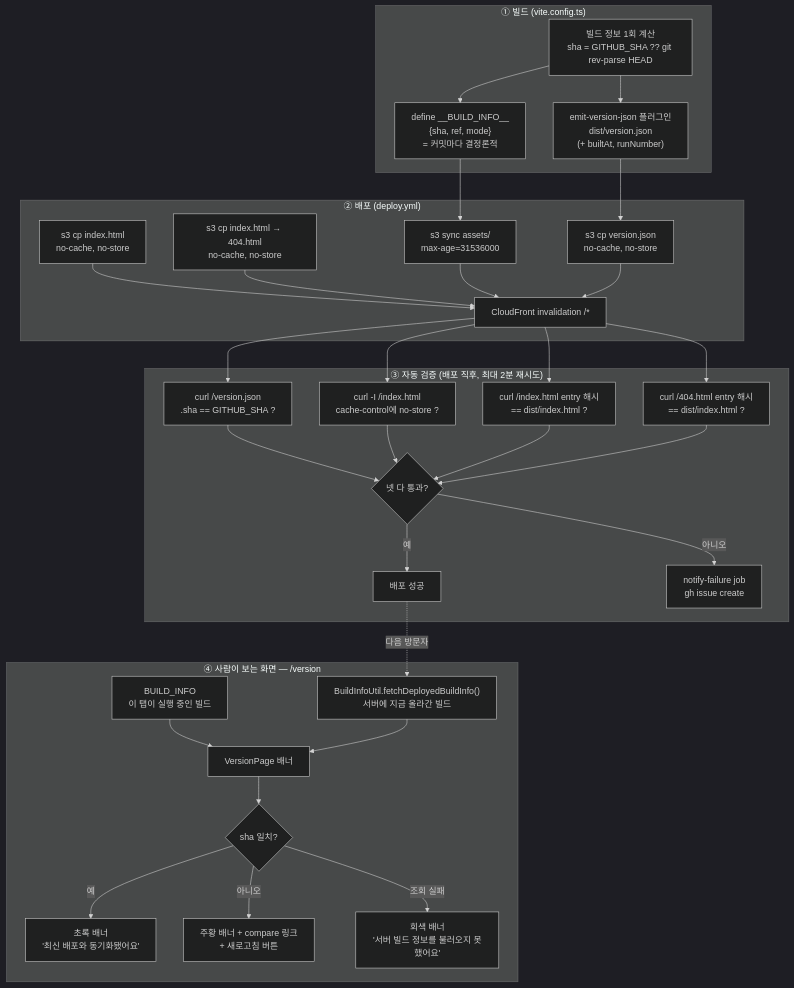
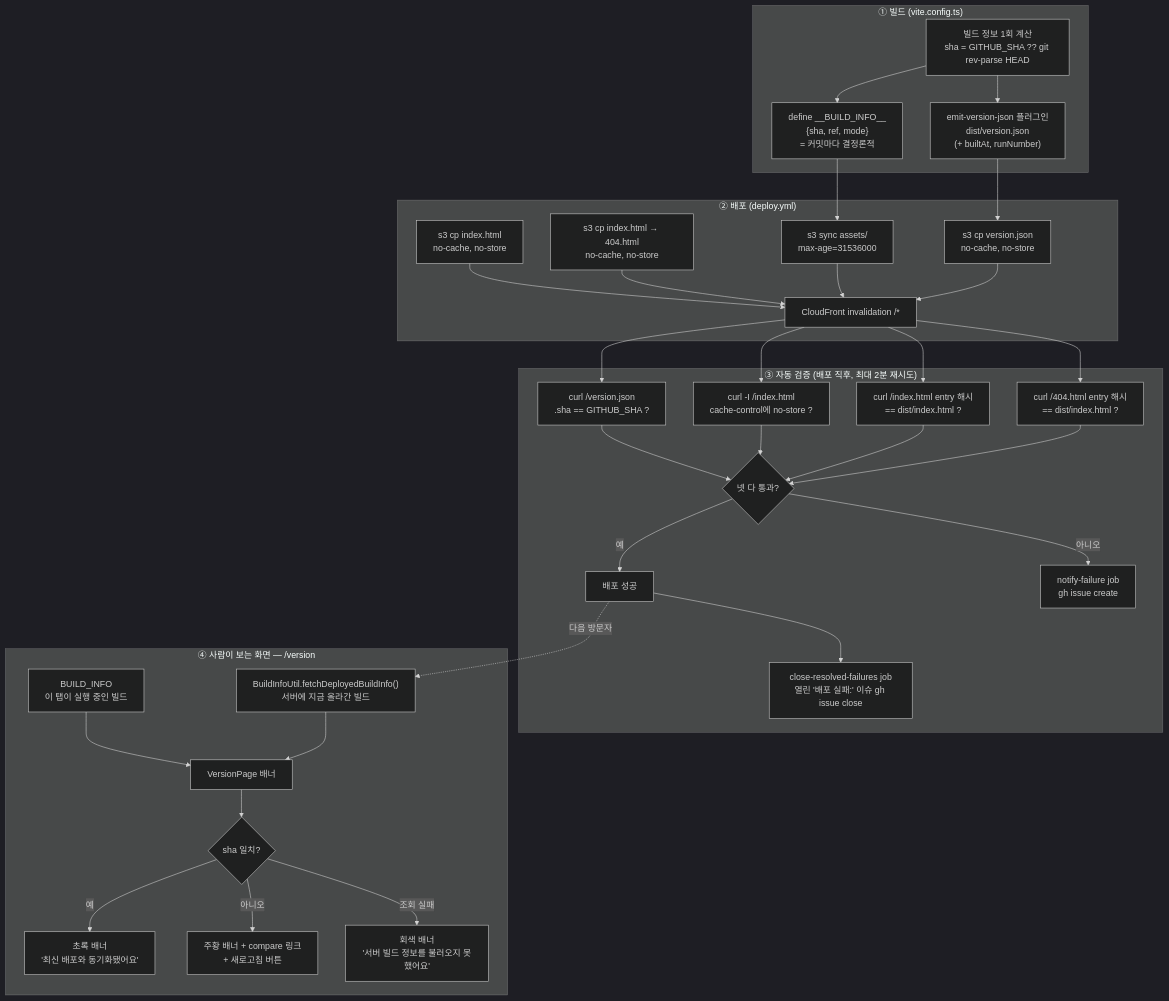
One commit to BAECHAN/link-sphere_FE_NEW changed the diagram in docs/BUILD-VERSION.md. Above: the diagram before and after it, drawn with Mermaid (dark theme). The commit also changed other lines of this file and 4 other files, not shown here.

````diff
--- a/docs/BUILD-VERSION.md
+++ b/docs/BUILD-VERSION.md
@@ -34,41 +34,42 @@
 ```mermaid
 flowchart TD
   subgraph BUILD["① 빌드 (vite.config.ts)"]
     A["빌드 정보 1회 계산<br/>sha = GITHUB_SHA ?? git rev-parse HEAD"]
     A --> B["define __BUILD_INFO__<br/>{sha, ref, mode}<br/>= 커밋마다 결정론적"]
     A --> C["emit-version-json 플러그인<br/>dist/version.json<br/>(+ builtAt, runNumber)"]
   end
 
   subgraph DEPLOY["② 배포 (deploy.yml)"]
     B --> D["s3 sync assets/<br/>max-age=31536000"]
     C --> E["s3 cp version.json<br/>no-cache, no-store"]
     F["s3 cp index.html<br/>no-cache, no-store"] --> G["CloudFront invalidation /*"]
     F2["s3 cp index.html → 404.html<br/>no-cache, no-store"] --> G
     D --> G
     E --> G
   end
 
   subgraph VERIFY["③ 자동 검증 (배포 직후, 최대 2분 재시도)"]
     G --> H["curl /version.json<br/>.sha == GITHUB_SHA ?"]
     G --> I["curl -I /index.html<br/>cache-control에 no-store ?"]
     G --> J["curl /index.html entry 해시<br/>== dist/index.html ?"]
     G --> J2["curl /404.html entry 해시<br/>== dist/index.html ?"]
     H --> K{"넷 다 통과?"}
     I --> K
     J --> K
     J2 --> K
     K -->|예| M["배포 성공"]
+    M --> M2["close-resolved-failures job<br/>열린 '배포 실패:' 이슈 gh issue close"]
     K -->|아니오| L["notify-failure job<br/>gh issue create"]
   end
 
   subgraph SCREEN["④ 사람이 보는 화면 — /version"]
     N["BUILD_INFO<br/>이 탭이 실행 중인 빌드"] --> P["VersionPage 배너"]
     O["BuildInfoUtil.fetchDeployedBuildInfo()<br/>서버에 지금 올라간 빌드"] --> P
     P --> R{"sha 일치?"}
     R -->|예| S["초록 배너<br/>'최신 배포와 동기화됐어요'"]
     R -->|아니오| T["주황 배너 + compare 링크<br/>+ 새로고침 버튼"]
     R -->|조회 실패| U["회색 배너<br/>'서버 빌드 정보를 불러오지 못했어요'"]
   end
 
   M -.->|다음 방문자| O
 ```
````
